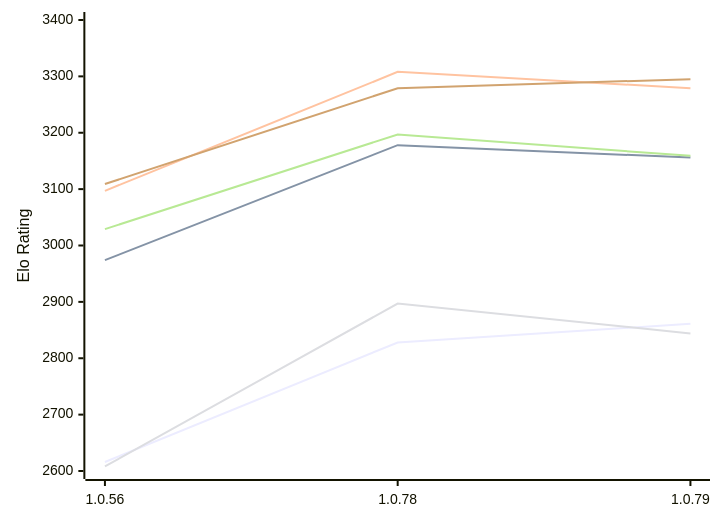
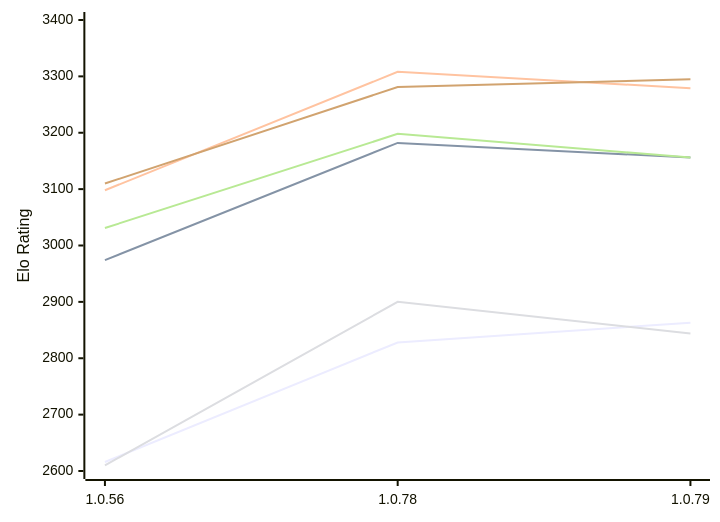
The first of 2 diagrams in engines/RustyRival.md (computer-chess-index/cci), drawn with Mermaid before and after one commit. The commit also changed other lines of this file, not shown here.

Commit message:
Update CCI Ratings (ELO VLTC) - 2026-11-27

````diff
--- a/engines/RustyRival.md
+++ b/engines/RustyRival.md
@@ -65,12 +65,12 @@
 ```mermaid
 %%{init: {"theme":"base","themeVariables":{"seriesColors:['#a3a3a3','#222221','#faa371']}}}%%
 xychart-beta
   x-axis ["1.0.56", "1.0.78", "1.0.79"]
   y-axis "Elo Rating" 2600 --> 3400
-  line "E1: STC (8.0+0.08s)" [2616, 2828, 2861]
-  line "E1: LTC (60.0+0.60s)" [2974, 3178, 3156]
-  line "E1: VLTC (2m24s+1.12s)" [3097, 3308, 3279]
-  line "P1: STC (8.0+0.08s)" [2608, 2897, 2844]
-  line "P1: LTC (60.0+0.60s)" [3029, 3197, 3159]
-  line "P1: VLTC (2m24s+1.12s)" [3109, 3279, 3295]
+  line "E1: STC (8.0+0.08s)" [2616, 2828, 2863]
+  line "E1: LTC (60.0+0.60s)" [2974, 3182, 3156]
+  line "E1: VLTC (2m24s+1.12s)" [3098, 3308, 3279]
+  line "P1: STC (8.0+0.08s)" [2610, 2900, 2844]
+  line "P1: LTC (60.0+0.60s)" [3031, 3198, 3156]
+  line "P1: VLTC (2m24s+1.12s)" [3110, 3281, 3295]
 ```
````
